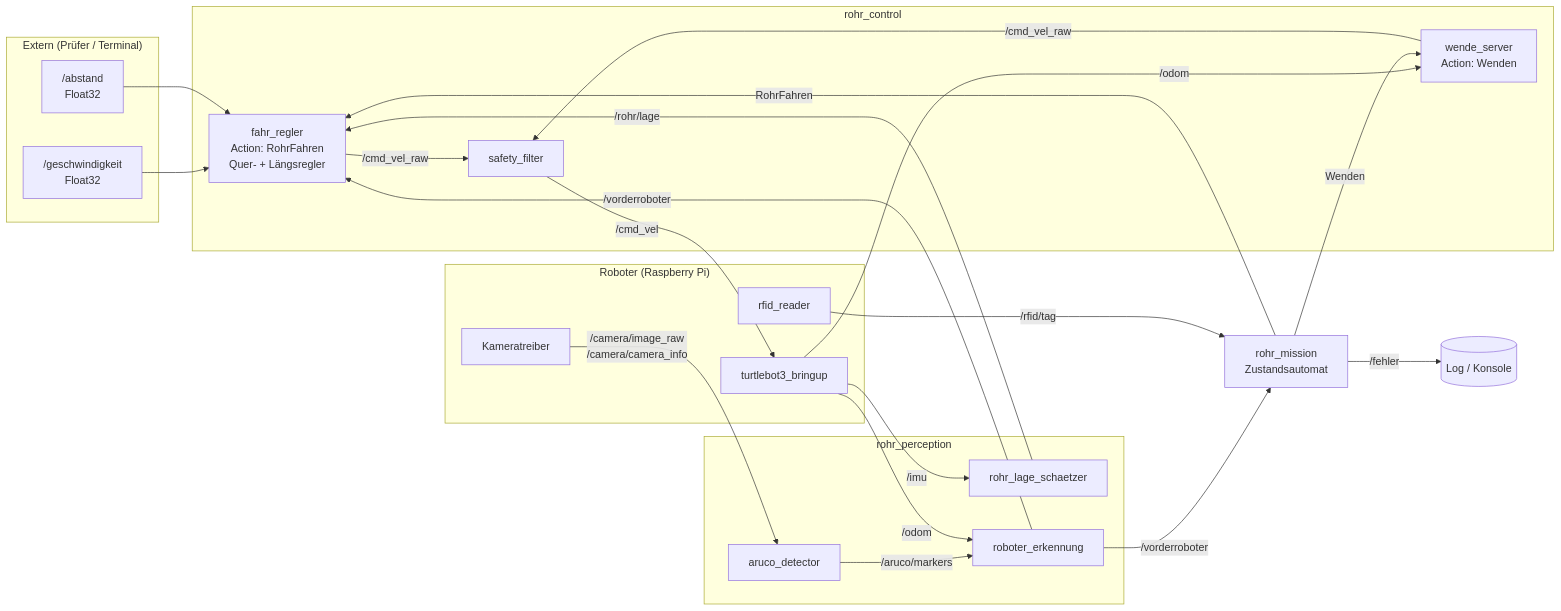
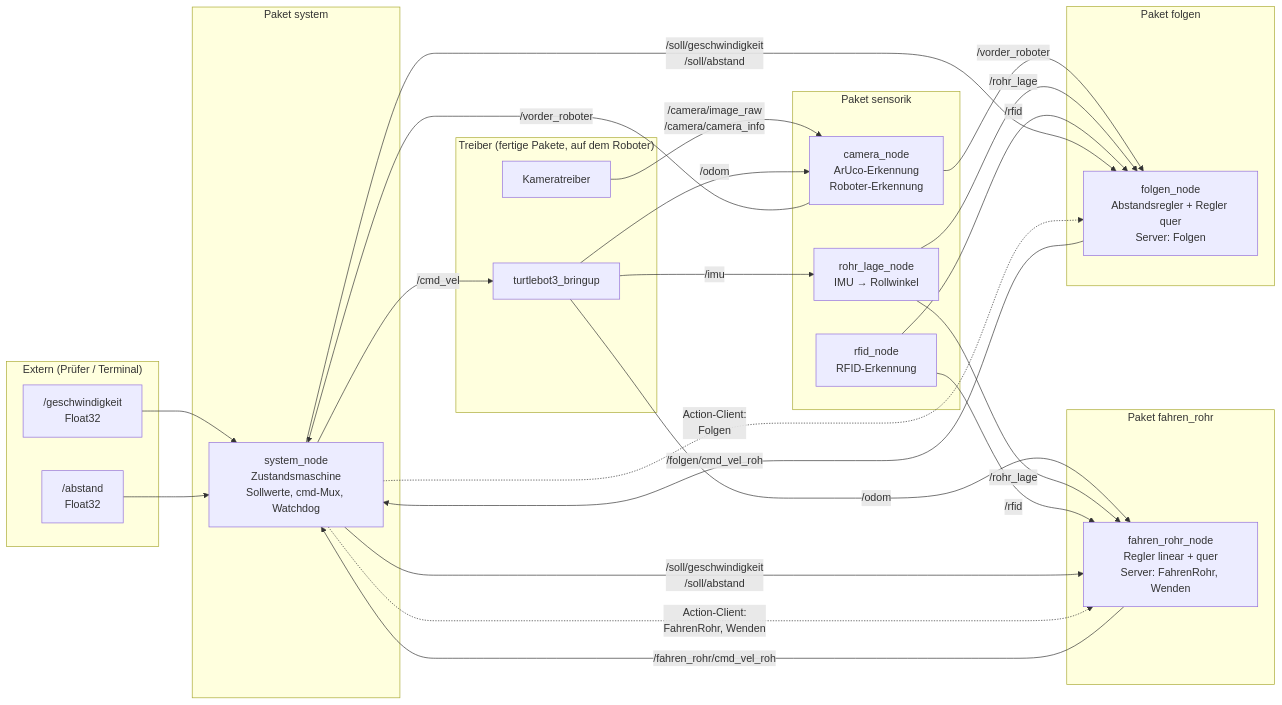
Before and after one commit to TsVBamBus/ros2_turtlebot_project_MW_NG: the first of 2 diagrams in docs/ARCHITEKTUR.md, drawn with Mermaid. The commit also changed other lines of this file, not shown here.

````diff
--- a/docs/ARCHITEKTUR.md
+++ b/docs/ARCHITEKTUR.md
@@ -81,49 +77,53 @@
 ```mermaid
 flowchart LR
     subgraph EXT["Extern (Prüfer / Terminal)"]
         GES["/geschwindigkeit<br/>Float32"]
         ABS["/abstand<br/>Float32"]
     end
 
-    subgraph HW["Roboter (Raspberry Pi)"]
+    subgraph TB["Treiber (fertige Pakete, auf dem Roboter)"]
         BRING[turtlebot3_bringup]
-        CAM[Kameratreiber]
-        RFID[rfid_reader]
+        CAMDRV[Kameratreiber]
     end
 
-    subgraph PER["rohr_perception"]
-        LAGE[rohr_lage_schaetzer]
-        ARUCO[aruco_detector]
-        VR[roboter_erkennung]
+    subgraph SEN["Paket sensorik"]
+        CAM["camera_node<br/>ArUco-Erkennung<br/>Roboter-Erkennung"]
+        LAGE["rohr_lage_node<br/>IMU → Rollwinkel"]
+        RFID["rfid_node<br/>RFID-Erkennung"]
     end
 
-    subgraph CTRL["rohr_control"]
-        FAHR[fahr_regler<br/>Action: RohrFahren<br/>Quer- + Längsregler]
-        WENDE[wende_server<br/>Action: Wenden]
-        SAFE[safety_filter]
+    subgraph FR["Paket fahren_rohr"]
+        FAHR["fahren_rohr_node<br/>Regler linear + quer<br/>Server: FahrenRohr, Wenden"]
     end
 
-    MISSION[rohr_mission<br/>Zustandsautomat]
+    subgraph FO["Paket folgen"]
+        FOLG["folgen_node<br/>Abstandsregler + Regler quer<br/>Server: Folgen"]
+    end
 
+    subgraph SY["Paket system"]
+        SYS["system_node<br/>Zustandsmaschine<br/>Sollwerte, cmd-Mux, Watchdog"]
+    end
+
+    GES --> SYS
+    ABS --> SYS
+    CAMDRV -- "/camera/image_raw<br/>/camera/camera_info" --> CAM
     BRING -- "/imu" --> LAGE
-    CAM -- "/camera/image_raw<br/>/camera/camera_info" --> ARUCO
-    ARUCO -- "/aruco/markers" --> VR
-    BRING -- "/odom" --> VR
+    BRING -- "/odom" --> CAM
+    BRING -- "/odom" --> FAHR
 
-    LAGE -- "/rohr/lage" --> FAHR
-    VR -- "/vorderroboter" --> FAHR
-    VR -- "/vorderroboter" --> MISSION
-    GES --> FAHR
-    ABS --> FAHR
+    CAM -- "/vorder_roboter" --> SYS
+    CAM -- "/vorder_roboter" --> FOLG
+    LAGE -- "/rohr_lage" --> FAHR
+    LAGE -- "/rohr_lage" --> FOLG
+    RFID -- "/rfid" --> FAHR
+    RFID -- "/rfid" --> FOLG
 
-    RFID -- "/rfid/tag" --> MISSION
-    BRING -- "/odom" --> WENDE
+    SYS -- "/soll/geschwindigkeit<br/>/soll/abstand" --> FAHR
+    SYS -- "/soll/geschwindigkeit<br/>/soll/abstand" --> FOLG
+    SYS -. "Action-Client:<br/>FahrenRohr, Wenden" .-> FAHR
+    SYS -. "Action-Client:<br/>Folgen" .-> FOLG
 
-    MISSION -- "RohrFahren" --> FAHR
-    MISSION -- "Wenden" --> WENDE
-    MISSION -- "/fehler" --> LOG[(Log / Konsole)]
-
-    FAHR -- "/cmd_vel_raw" --> SAFE
-    WENDE -- "/cmd_vel_raw" --> SAFE
-    SAFE -- "/cmd_vel" --> BRING
+    FAHR -- "/fahren_rohr/cmd_vel_roh" --> SYS
+    FOLG -- "/folgen/cmd_vel_roh" --> SYS
+    SYS -- "/cmd_vel" --> BRING
 ```
````
